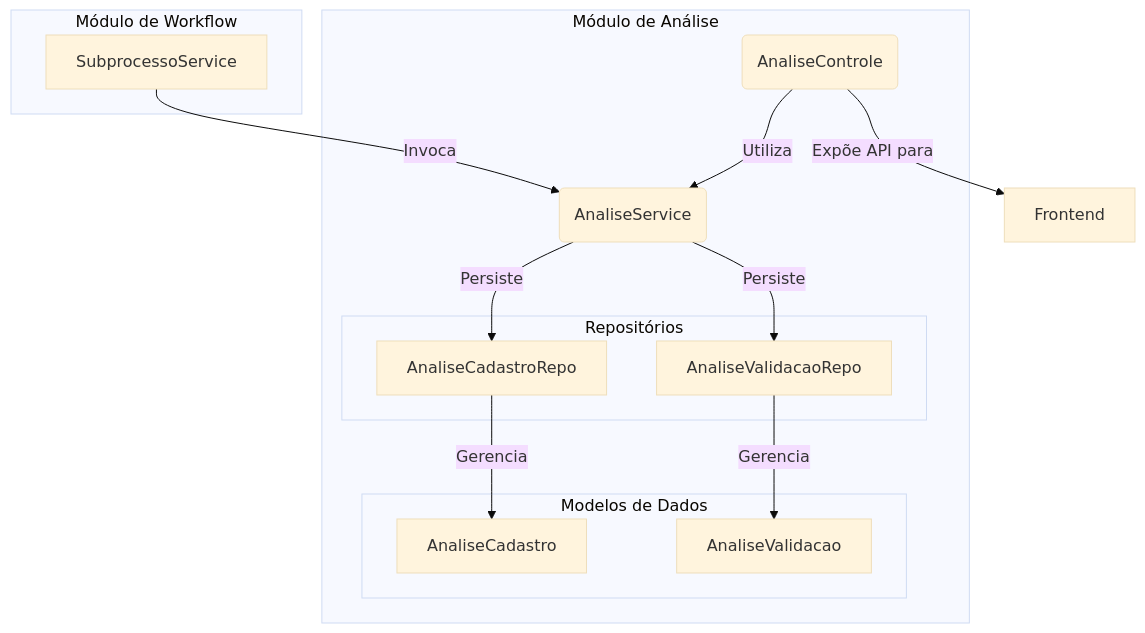
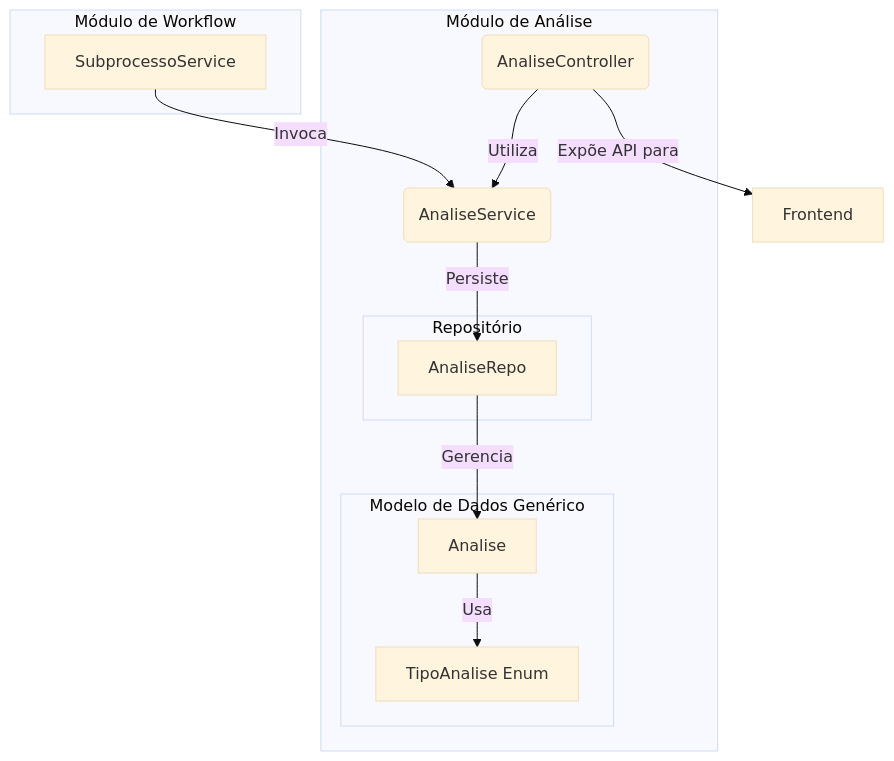
One commit to lgalvao/sgc changed the diagram in backend/src/main/java/sgc/analise/README.md. Above: the diagram before and after it, drawn with Mermaid (base theme). The commit also changed other lines of this file and 893 other files, not shown here.

````diff
--- a/backend/src/main/java/sgc/analise/README.md
+++ b/backend/src/main/java/sgc/analise/README.md
@@ -14,28 +12,27 @@
 ```mermaid
 graph TD
     subgraph "Módulo de Workflow"
         SP[SubprocessoService]
     end
 
     subgraph "Módulo de Análise"
         Service(AnaliseService)
-        Controle(AnaliseControle)
-        subgraph "Modelos de Dados"
-            AC[AnaliseCadastro]
-            AV[AnaliseValidacao]
+        Controle(AnaliseController)
+        subgraph "Modelo de Dados Genérico"
+            Analise[Analise]
+            TipoAnalise[TipoAnalise Enum]
         end
-        subgraph "Repositórios"
-            ACRepo[AnaliseCadastroRepo]
-            AVRepo[AnaliseValidacaoRepo]
+        subgraph "Repositório"
+            AnaliseRepo
         end
     end
 
     SP -- Invoca --> Service
 
     Controle -- Expõe API para --> Frontend
     Controle -- Utiliza --> Service
 
-    Service -- Persiste --> ACRepo & AVRepo
-    ACRepo -- Gerencia --> AC
-    AVRepo -- Gerencia --> AV
+    Service -- Persiste --> AnaliseRepo
+    AnaliseRepo -- Gerencia --> Analise
+    Analise -- Usa --> TipoAnalise
 ```
````
